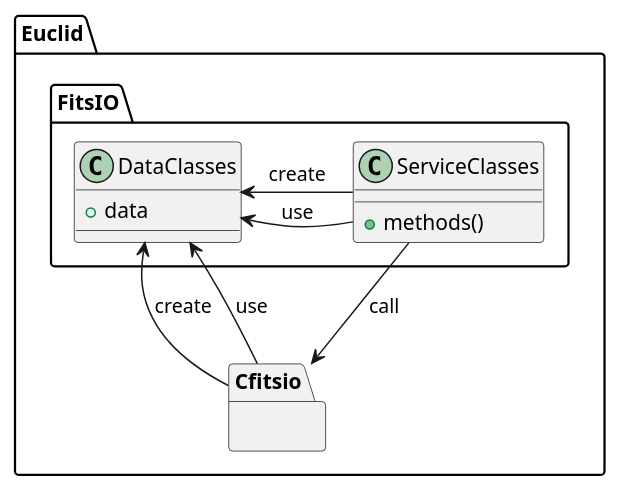
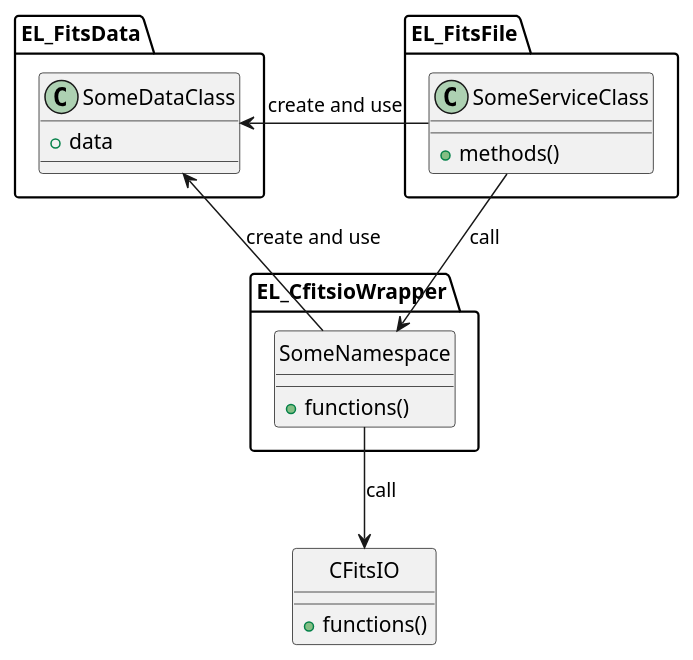
Before and after one commit to CNES/EleFits: the diagram in doc/diagrams/src/ClassOverview.puml, drawn with PlantUML. The commit also changed 1 other file, not shown here.

```diff
--- a/doc/diagrams/src/ClassOverview.puml
+++ b/doc/diagrams/src/ClassOverview.puml
@@ -1,18 +1,26 @@
 @startuml
-package Euclid {
-package Cfitsio {}
-package FitsIO {
-class DataClasses {
+class CFitsIO {
++ functions()
+}
+hide CFitsIO circle
+package EL_CfitsioWrapper {
+class SomeNamespace {
++ functions()
+}
+}
+hide SomeNamespace circle
+package EL_FitsData {
+class SomeDataClass {
 + data
 }
-class ServiceClasses {
+}
+package EL_FitsFile {
+class SomeServiceClass {
 + methods()
 }
 }
-}
-DataClasses <- ServiceClasses : create
-DataClasses <- ServiceClasses : use
-DataClasses <-- Cfitsio : create
-DataClasses <-- Cfitsio : use
-ServiceClasses --> Cfitsio : call
+SomeDataClass <- SomeServiceClass : create and use
+SomeDataClass <-- SomeNamespace : create and use
+SomeServiceClass --> SomeNamespace : call
+SomeNamespace --> CFitsIO : call
 @enduml
```
